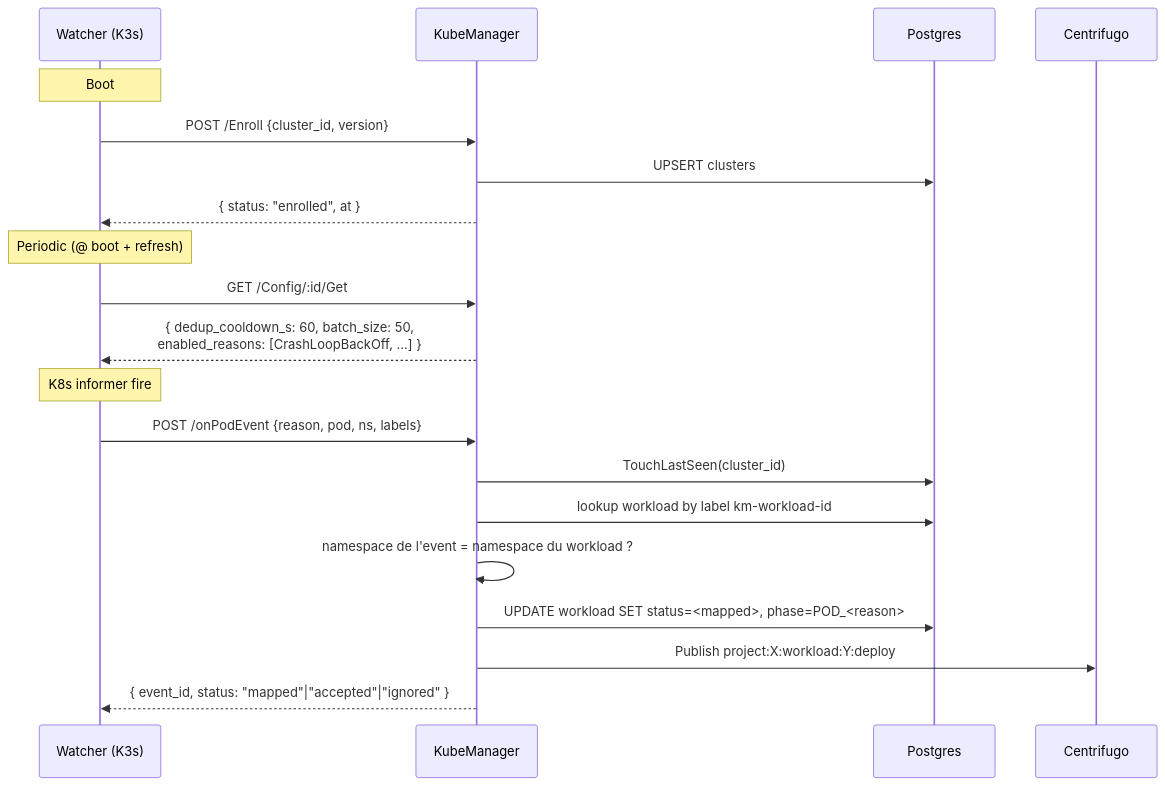
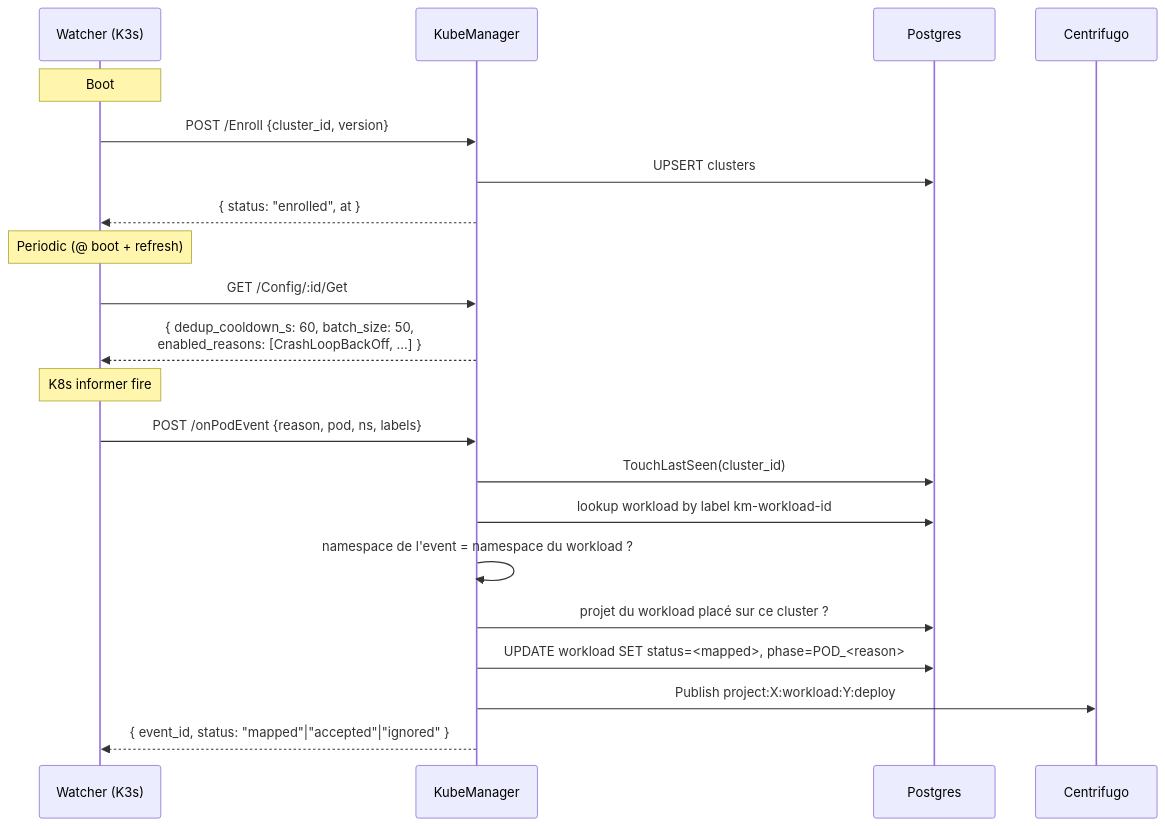
One commit to betorun/betomanager changed the diagram in docs/modules/clusters.md. Above: the diagram before and after it, drawn with Mermaid. The commit also changed other lines of this file and 64 other files, not shown here.

````diff
--- a/docs/modules/clusters.md
+++ b/docs/modules/clusters.md
@@ -78,25 +101,26 @@
 ```mermaid
 sequenceDiagram
     participant W as Watcher (K3s)
     participant KM as KubeManager
     participant DB as Postgres
     participant Centri as Centrifugo
 
     Note over W: Boot
     W->>KM: POST /Enroll {cluster_id, version}
     KM->>DB: UPSERT clusters
     KM-->>W: { status: "enrolled", at }
 
     Note over W: Periodic (@ boot + refresh)
     W->>KM: GET /Config/:id/Get
     KM-->>W: { dedup_cooldown_s: 60, batch_size: 50,<br/>enabled_reasons: [CrashLoopBackOff, ...] }
 
     Note over W: K8s informer fire
     W->>KM: POST /onPodEvent {reason, pod, ns, labels}
     KM->>DB: TouchLastSeen(cluster_id)
     KM->>DB: lookup workload by label km-workload-id
     KM->>KM: namespace de l'event = namespace du workload ?
+    KM->>DB: projet du workload placé sur ce cluster ?
     KM->>DB: UPDATE workload SET status=<mapped>, phase=POD_<reason>
     KM->>Centri: Publish project:X:workload:Y:deploy
     KM-->>W: { event_id, status: "mapped"|"accepted"|"ignored" }
 ```
````
